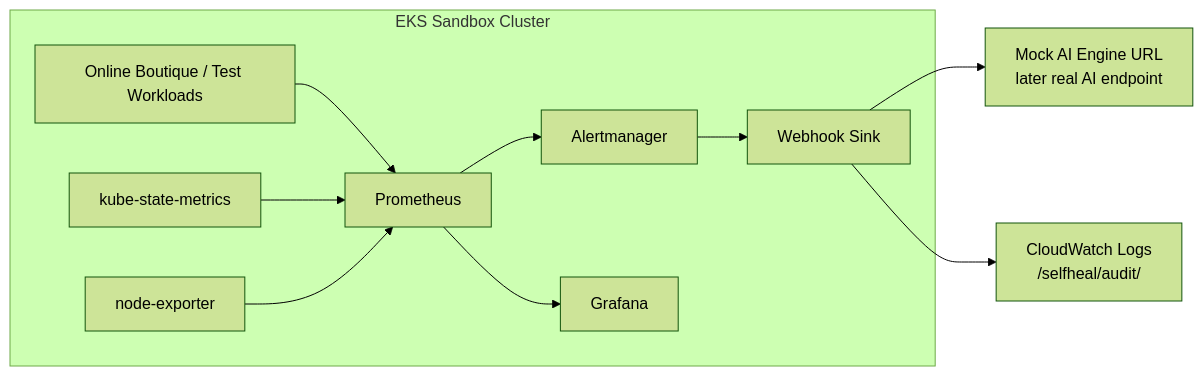
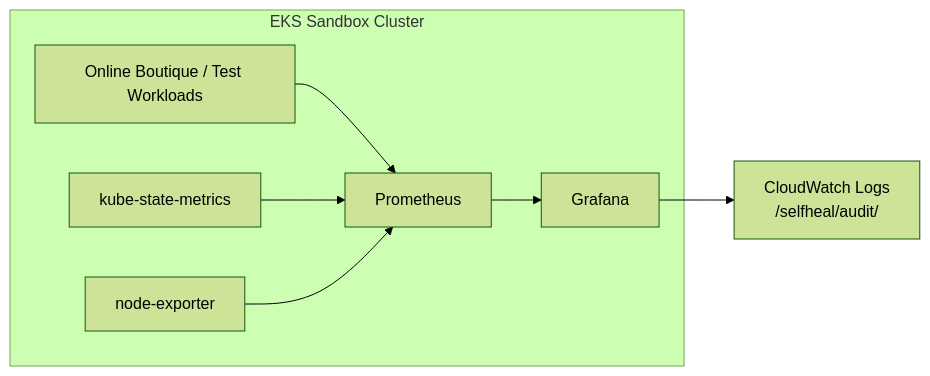
One commit to nguyenha0112/Self_Heal_AgentAWS changed the diagram in docs/Telemetry_and_Observability/Prometheus.md. Above: the diagram before and after it, drawn with Mermaid (forest theme). The commit also changed other lines of this file and 14 other files, not shown here.

````diff
--- a/docs/Telemetry_and_Observability/Prometheus.md
+++ b/docs/Telemetry_and_Observability/Prometheus.md
@@ -62,24 +56,18 @@
 ```mermaid
 flowchart LR
     subgraph EKS["EKS Sandbox Cluster"]
         W[Online Boutique / Test Workloads]
         KSM[kube-state-metrics]
         NE[node-exporter]
         P[Prometheus]
-        AM[Alertmanager]
         G[Grafana]
-        WS[Webhook Sink]
     end
 
     CW[CloudWatch Logs<br/>/selfheal/audit/]
-    AI[Mock AI Engine URL<br/>later real AI endpoint]
 
     W --> P
     KSM --> P
     NE --> P
-    P --> AM
     P --> G
-    AM --> WS
-    WS --> AI
-    WS --> CW
+    G --> CW
 ```
````
